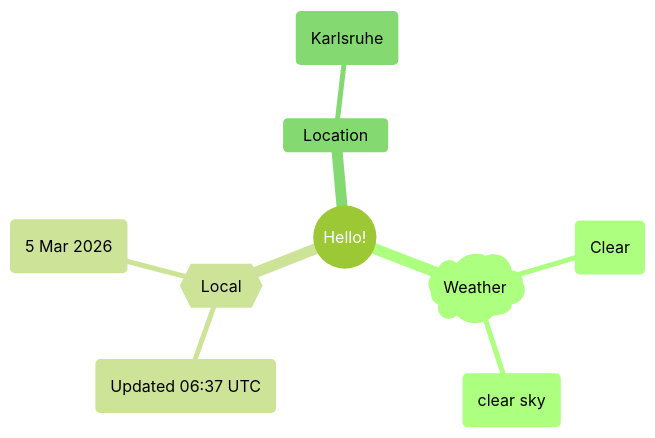
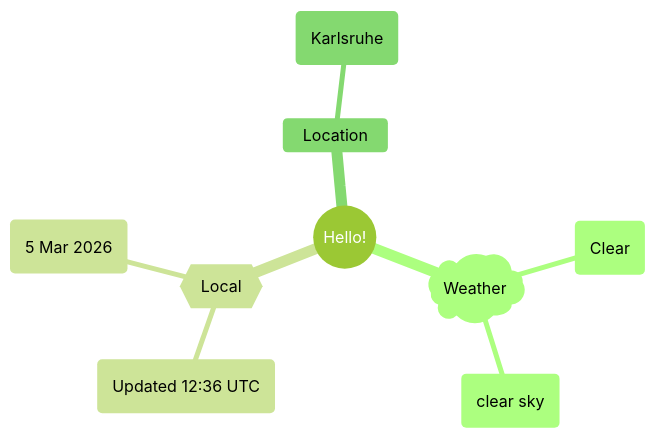
One commit to Xosrov/Xosrov changed the first of 2 diagrams in README.md. Above: the diagram before and after it, drawn with Mermaid (forest theme).

Commit message:
[bot] updated images

````diff
--- a/README.md
+++ b/README.md
@@ -3,12 +3,12 @@
 ```mermaid
 mindmap
   root((Hello!))
     )Weather(
         (Clear)
         (clear sky)
     {{Local}}
-        (Updated 06:37 UTC)
+        (Updated 12:36 UTC)
         (5 Mar 2026)
     Location
         (Karlsruhe)
 ```
````
